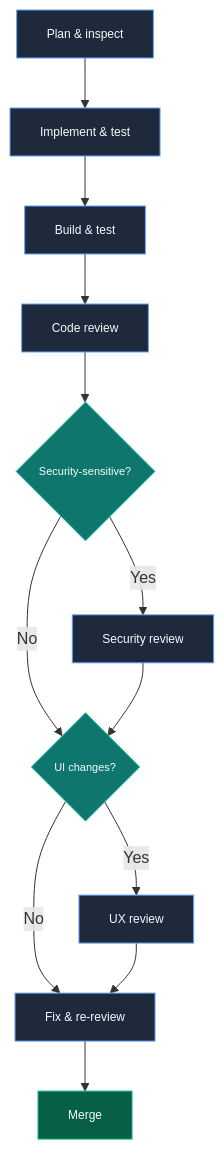
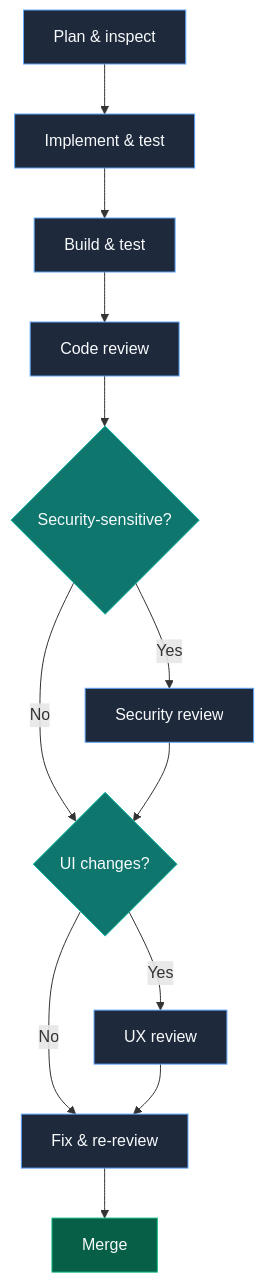
One commit to wmorgan69/light-controller-simulator changed the diagram in README.md. Above: the diagram before and after it, drawn with Mermaid.

Commit message:
Fix diagram rendering by removing invalid font-size CSS
Removed font-size styling from classDef which was causing rendering issues.
Mermaid doesn't support font-size in classDef; use standard styling only.

````diff
--- a/README.md
+++ b/README.md
@@ -9,22 +9,22 @@
 ```mermaid
 flowchart TD
   A["Plan & inspect"] --> B["Implement & test"]
   B --> C["Build & test"]
   C --> D["Code review"]
   D --> E{"Security-sensitive?"}
   E -->|Yes| F["Security review"]
   E -->|No| G{"UI changes?"}
   F --> G
   G -->|Yes| H["UX review"]
   G -->|No| I["Fix & re-review"]
   H --> I
   I --> J["Merge"]
   
-  classDef stage fill:#1E293B,stroke:#60A5FA,color:#F8FAFC,font-size:12px;
-  classDef decision fill:#0F766E,stroke:#14B8A6,color:#F8FAFC,font-size:11px;
-  classDef outcome fill:#065F46,stroke:#10B981,color:#F8FAFC,font-size:12px;
+  classDef stage fill:#1E293B,stroke:#60A5FA,color:#F8FAFC;
+  classDef decision fill:#0F766E,stroke:#14B8A6,color:#F8FAFC;
+  classDef outcome fill:#065F46,stroke:#10B981,color:#F8FAFC;
   
   class A,B,C,D,F,H,I stage;
   class E,G decision;
   class J outcome;
 ```
````
